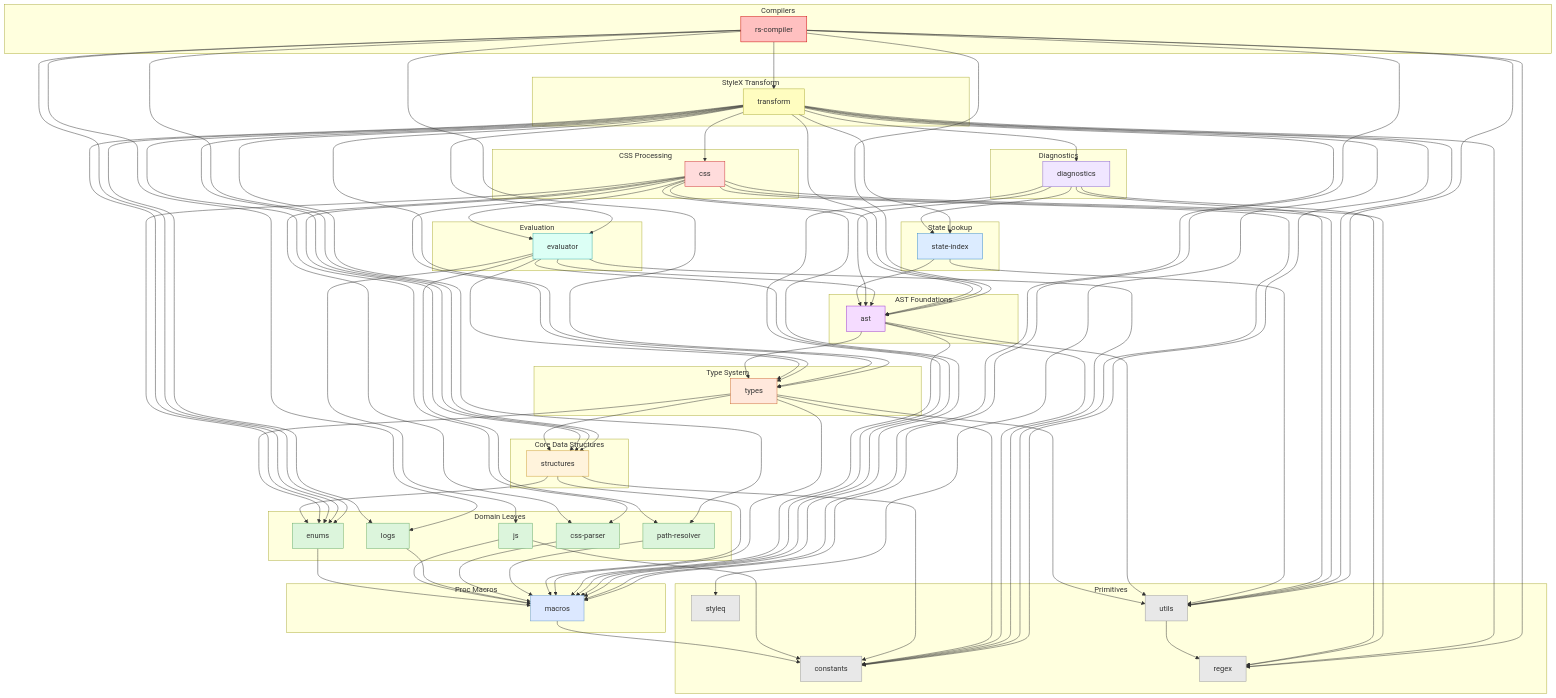
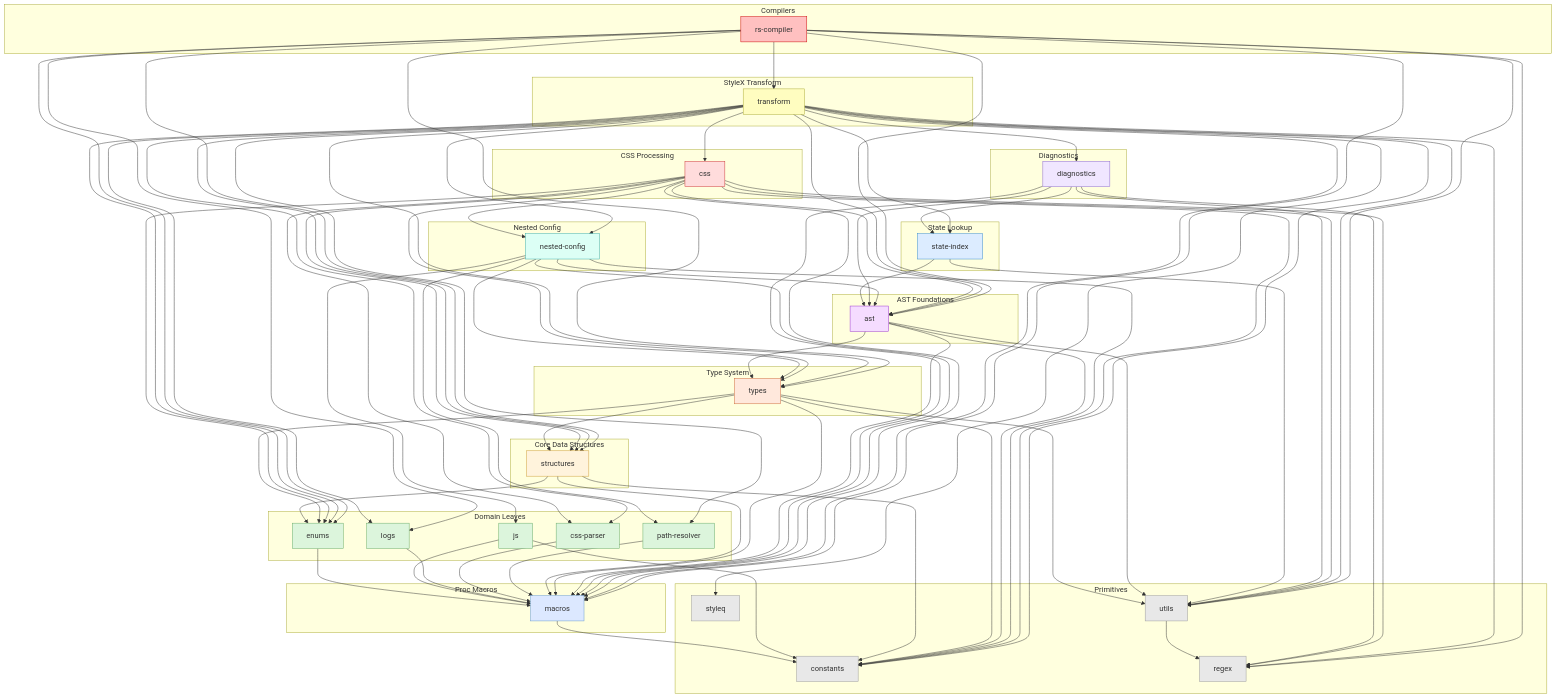
The diagram in crates/stylex-ast/README.md (Dwlad90/stylex-swc-plugin), drawn with Mermaid before and after one commit. The commit also changed other lines of this file and 43 other files, not shown here.

First line of the commit message:
refactor(stylex_nested_config): rename the crate for the work it does

```diff
--- a/crates/stylex-ast/README.md
+++ b/crates/stylex-ast/README.md
@@ -86,8 +86,8 @@
     stylex_diagnostics["diagnostics"]
   end
 
-  subgraph L8["Evaluation"]
-    stylex_evaluator["evaluator"]
+  subgraph L8["Nested Config"]
+    stylex_nested_config["nested-config"]
   end
 
   subgraph L9["CSS Processing"]
@@ -137,18 +137,18 @@
   stylex_diagnostics   --> stylex_state_index
   stylex_diagnostics   --> stylex_utils
 
-  stylex_evaluator     --> stylex_ast
-  stylex_evaluator     --> stylex_constants
-  stylex_evaluator     --> stylex_js
-  stylex_evaluator     --> stylex_macros
-  stylex_evaluator     --> stylex_path_resolver
-  stylex_evaluator     --> stylex_types
+  stylex_nested_config --> stylex_ast
+  stylex_nested_config --> stylex_constants
+  stylex_nested_config --> stylex_js
+  stylex_nested_config --> stylex_macros
+  stylex_nested_config --> stylex_path_resolver
+  stylex_nested_config --> stylex_types
 
   stylex_css           --> stylex_ast
   stylex_css           --> stylex_constants
   stylex_css           --> stylex_css_parser
   stylex_css           --> stylex_enums
-  stylex_css           --> stylex_evaluator
+  stylex_css           --> stylex_nested_config
   stylex_css           --> stylex_macros
   stylex_css           --> stylex_regex
   stylex_css           --> stylex_structures
@@ -161,7 +161,7 @@
   stylex_transform     --> stylex_css_parser
   stylex_transform     --> stylex_diagnostics
   stylex_transform     --> stylex_enums
-  stylex_transform     --> stylex_evaluator
+  stylex_transform     --> stylex_nested_config
   stylex_transform     --> stylex_logs
   stylex_transform     --> stylex_macros
   stylex_transform     --> stylex_path_resolver
@@ -203,7 +203,7 @@
   class stylex_ast l5
   class stylex_state_index l6
   class stylex_diagnostics l7
-  class stylex_evaluator l8
+  class stylex_nested_config l8
   class stylex_css l9
   class stylex_transform l10
   class stylex_compiler_rs l11
```
